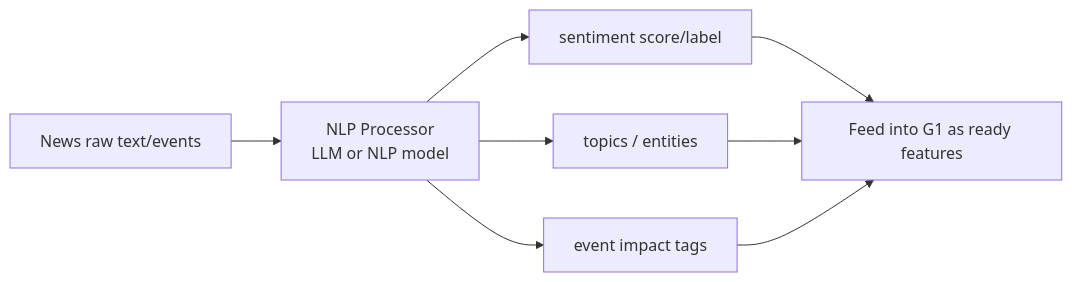
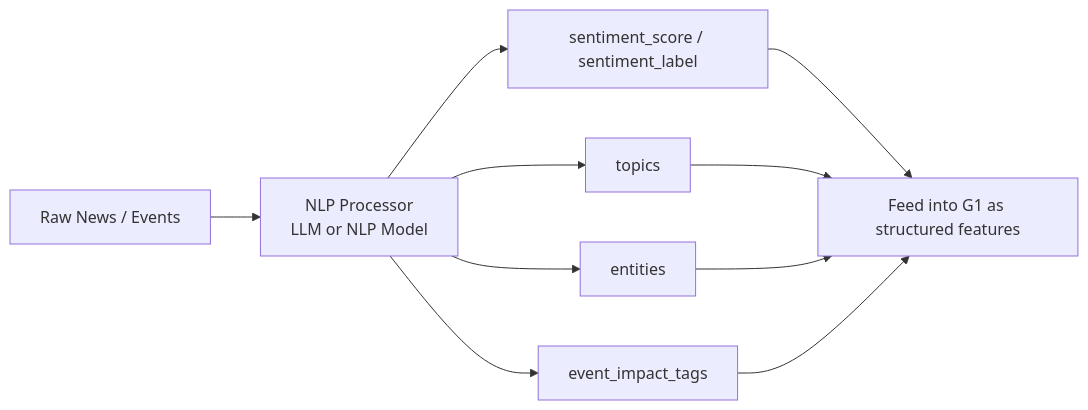
One commit to Yuqian-He/agentic-trading-workflow changed the fourth of 9 diagrams in README.md. Above: the diagram before and after it, drawn with Mermaid. The commit also changed other lines of this file, not shown here.

````diff
--- a/README.md
+++ b/README.md
@@ -65,10 +92,14 @@
 ```mermaid
 graph LR
-    E[News raw text/events] --> N1[NLP Processor<br/>LLM or NLP model]
-    N1 --> N2["sentiment score/label"]
-    N1 --> N3["topics / entities"]
-    N1 --> N4["event impact tags"]
-    N2 --> G1IN[Feed into G1 as ready features]
-    N3 --> G1IN
-    N4 --> G1IN
+    N[Raw News / Events] --> NLP[NLP Processor<br/>LLM or NLP Model]
+
+    NLP --> S["sentiment_score / sentiment_label"]
+    NLP --> T["topics"]
+    NLP --> E["entities"]
+    NLP --> I["event_impact_tags"]
+
+    S --> G1IN[Feed into G1 as structured features]
+    T --> G1IN
+    E --> G1IN
+    I --> G1IN
 ```
````
